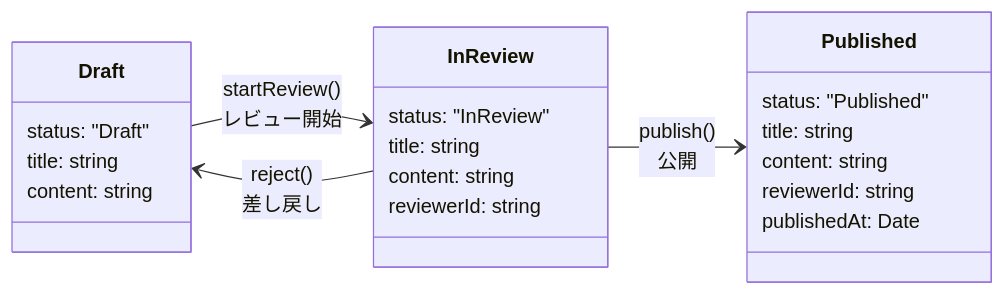
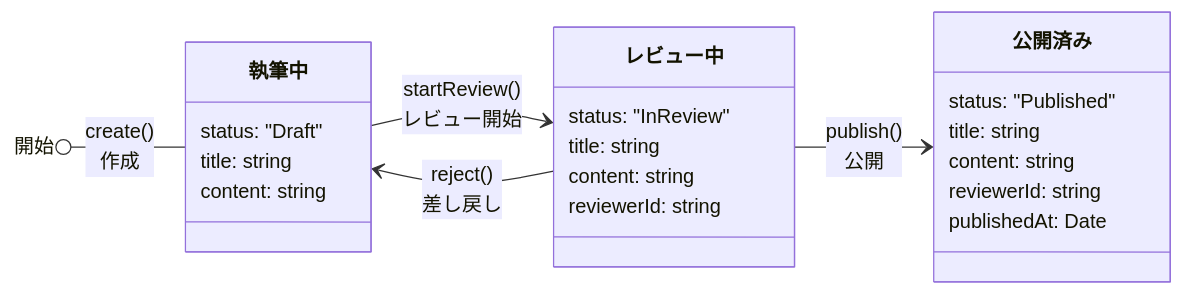
Before and after one commit to iwasa-kosui/til: the diagram in packages/domain-event/README.md, drawn with Mermaid. The commit also changed other lines of this file, not shown here.

````diff
--- a/packages/domain-event/README.md
+++ b/packages/domain-event/README.md
@@ -38,29 +30,30 @@
 ```mermaid
 classDiagram
     direction LR
 
-    class Draft["Draft"] {
+    class Draft["執筆中"] {
       status: "Draft"
       title: string
       content: string
     }
 
-    class InReview["InReview"] {
+    class InReview["レビュー中"] {
       status: "InReview"
       title: string
       content: string
       reviewerId: string
     }
 
-    class Published["Published"] {
+    class Published["公開済み"] {
       status: "Published"
       title: string
       content: string
       reviewerId: string
       publishedAt: Date
     }
 
+    開始 ()-- Draft : create() <br> 作成
     Draft --> InReview : startReview() <br> レビュー開始
     InReview --> Published : publish() <br> 公開
     InReview --> Draft: reject() <br> 差し戻し
 ```
````
